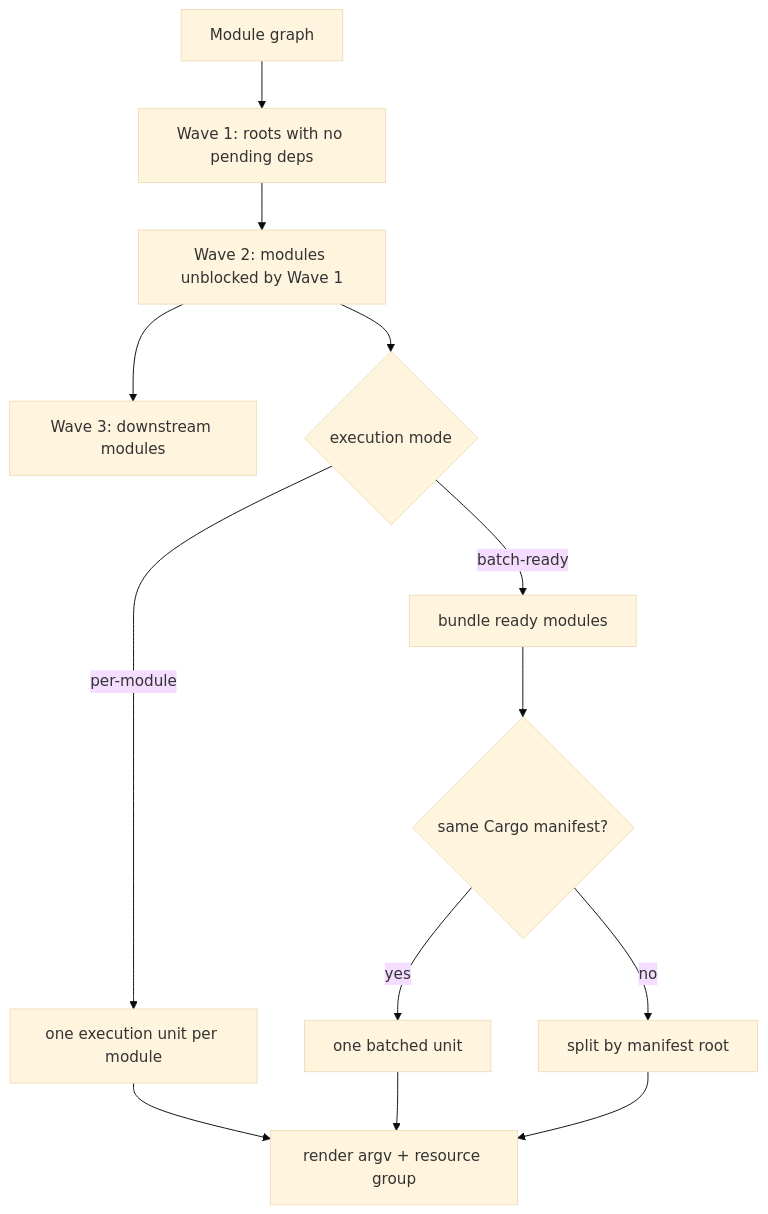
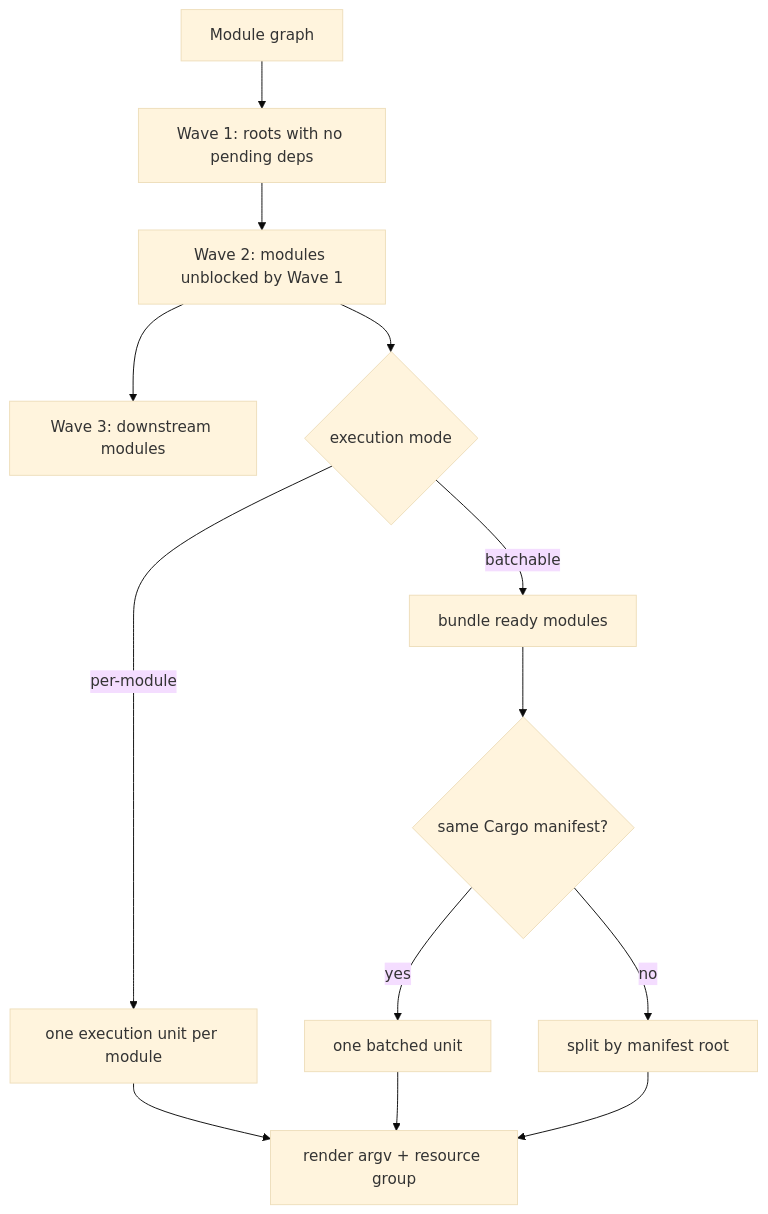
Before and after one commit to kbukum/toven: the fourth of 5 diagrams in docs/architecture.md, drawn with Mermaid (base theme). The commit also changed other lines of this file and 101 other files, not shown here.

````diff
--- a/docs/architecture.md
+++ b/docs/architecture.md
@@ -124,16 +124,16 @@
 ```mermaid
 flowchart TD
     Graph["Module graph"] --> W1["Wave 1: roots with no pending deps"]
     W1 --> W2["Wave 2: modules unblocked by Wave 1"]
     W2 --> W3["Wave 3: downstream modules"]
 
     W2 --> Mode{"execution mode"}
     Mode -->|"per-module"| PerModule["one execution unit per module"]
-    Mode -->|"batch-ready"| Batch["bundle ready modules"]
+    Mode -->|"batchable"| Batch["bundle ready modules"]
     Batch --> Manifest{"same Cargo manifest?"}
     Manifest -->|"yes"| OneUnit["one batched unit"]
     Manifest -->|"no"| Split["split by manifest root"]
     PerModule --> Rendered["render argv + resource group"]
     OneUnit --> Rendered
     Split --> Rendered
 ```
````
